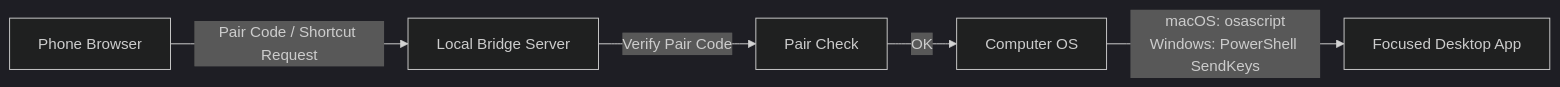
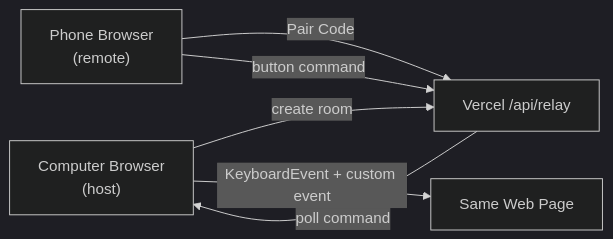
Before and after one commit to UICHANLEE/hotkey: the diagram in README.md, drawn with Mermaid (dark theme). The commit also changed other lines of this file and 5 other files, not shown here.

Commit message:
Add remote linking and command handling for host mode in macro pad app

````diff
--- a/README.md
+++ b/README.md
@@ -88,7 +83,8 @@
 ```mermaid
 flowchart LR
-  Phone["Phone Browser"] -->|"Pair Code / Shortcut Request"| Bridge["Local Bridge Server"]
-  Bridge -->|"Verify Pair Code"| Auth["Pair Check"]
-  Auth -->|"OK"| OS["Computer OS"]
-  OS -->|"macOS: osascript<br/>Windows: PowerShell SendKeys"| App["Focused Desktop App"]
+  Host["Computer Browser<br/>(host)"] -->|"create room"| Relay["Vercel /api/relay"]
+  Phone["Phone Browser<br/>(remote)"] -->|"Pair Code"| Relay
+  Phone -->|"button command"| Relay
+  Relay -->|"poll command"| Host
+  Host -->|"KeyboardEvent + custom event"| WebApp["Same Web Page"]
 ```
````
